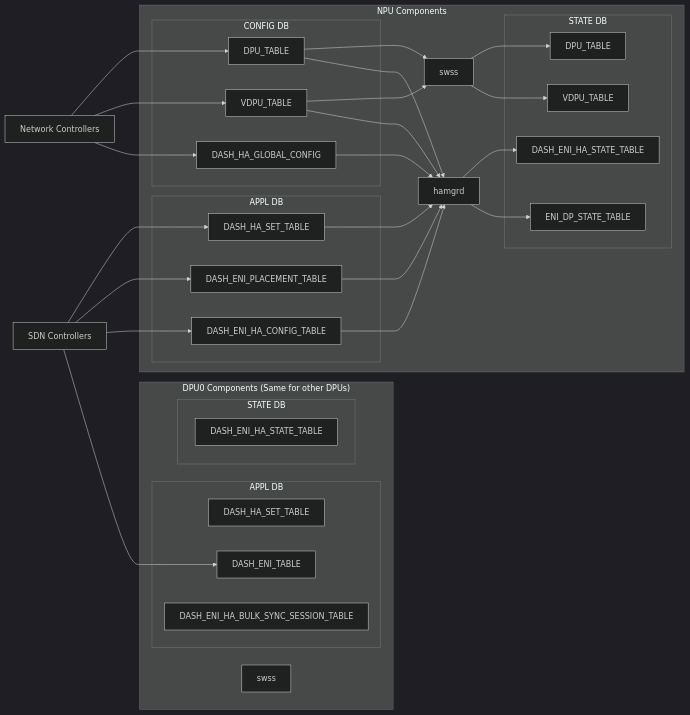
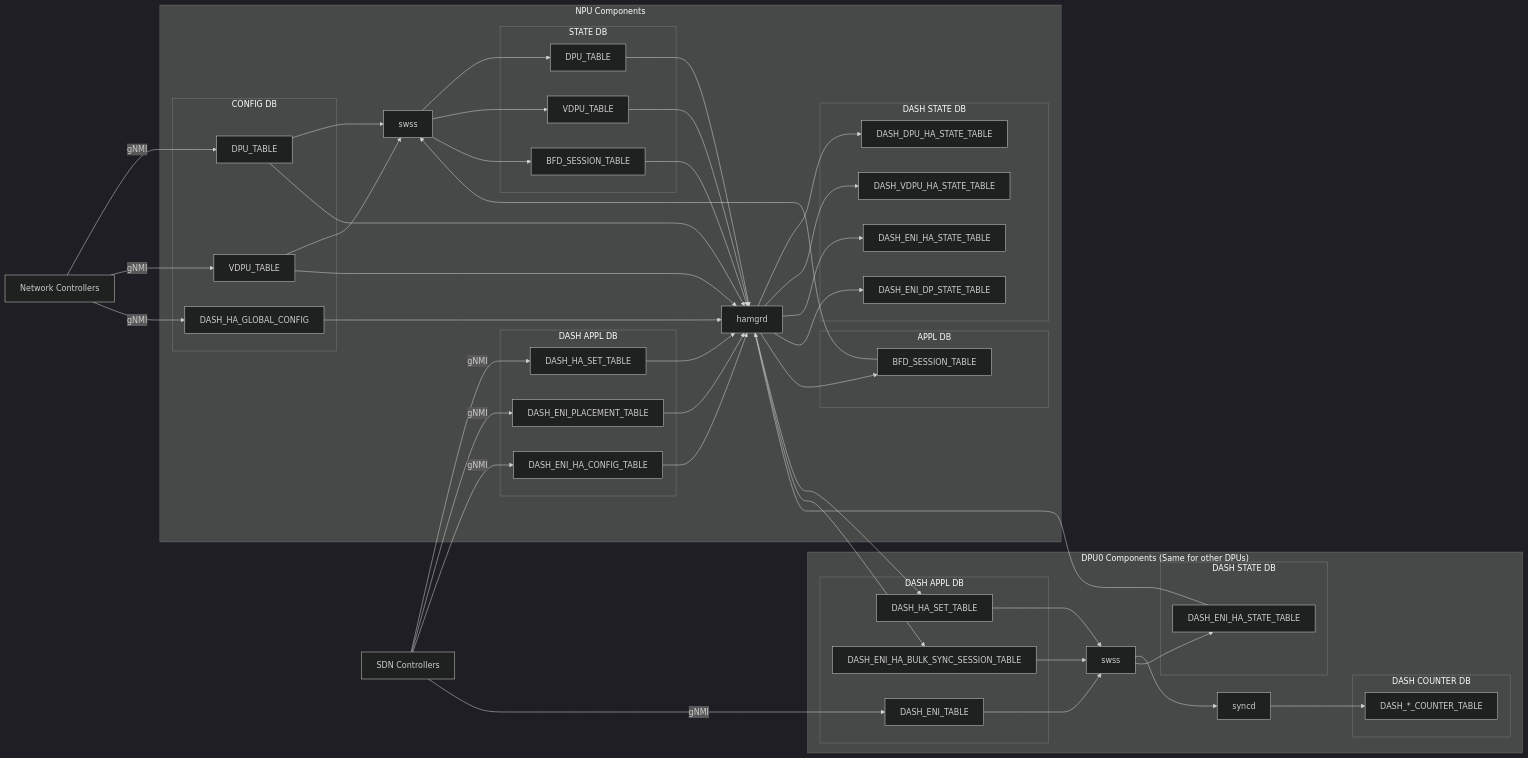
One commit to sonic-net/SONiC changed the diagram in doc/smart-switch/high-availability/smart-switch-ha-detailed-design.md. Above: the diagram before and after it, drawn with Mermaid (dark theme). The commit also changed other lines of this file, not shown here.

Commit message:
DB workflow.

````diff
--- a/doc/smart-switch/high-availability/smart-switch-ha-detailed-design.md
+++ b/doc/smart-switch/high-availability/smart-switch-ha-detailed-design.md
@@ -65,6 +67,10 @@
       end
 
       subgraph APPL DB
+         NPU_BFD_SESSION[BFD_SESSION_TABLE]
+      end
+
+      subgraph DASH APPL DB
          NPU_DASH_HA_SET[DASH_HA_SET_TABLE]
          NPU_DASH_ENI_PLACEMENT[DASH_ENI_PLACEMENT_TABLE]
          NPU_DASH_ENI_HA_CONFIG[DASH_ENI_HA_CONFIG_TABLE]
@@ -73,33 +79,44 @@
       subgraph STATE DB
          NPU_DPU_STATE[DPU_TABLE]
          NPU_VDPU_STATE[VDPU_TABLE]
+         NPU_BFD_SESSION_STATE[BFD_SESSION_TABLE]
+      end
+
+      subgraph DASH STATE DB
+         NPU_DASH_DPU_HA_STATE[DASH_DPU_HA_STATE_TABLE]
+         NPU_DASH_VDPU_HA_STATE[DASH_VDPU_HA_STATE_TABLE]
          NPU_DASH_ENI_HA_STATE[DASH_ENI_HA_STATE_TABLE]
-         NPU_ENI_DP_STATE[ENI_DP_STATE_TABLE]
+         NPU_DASH_ENI_DP_STATE[DASH_ENI_DP_STATE_TABLE]
       end
    end
 
    subgraph "DPU0 Components (Same for other DPUs)"
       DPU_SWSS[swss]
+      DPU_SYNCD[syncd]
 
-      subgraph APPL DB
+      subgraph DASH APPL DB
          DPU_DASH_HA_SET[DASH_HA_SET_TABLE]
          DPU_DASH_ENI[DASH_ENI_TABLE]
          DPU_DASH_ENI_HA_BULK_SYNC_SESSION[DASH_ENI_HA_BULK_SYNC_SESSION_TABLE]
       end
 
-      subgraph STATE DB
+      subgraph DASH STATE DB
          DPU_DASH_ENI_HA_STATE[DASH_ENI_HA_STATE_TABLE]
+      end
+
+      subgraph DASH COUNTER DB
+         DPU_DASH_COUNTERS[DASH_*_COUNTER_TABLE]
       end
    end
 
-   NC --> NPU_DPU
-   NC --> NPU_VDPU
-   NC --> NPU_DASH_HA_GLOBAL_CONFIG
+   NC --> |gNMI| NPU_DPU
+   NC --> |gNMI| NPU_VDPU
+   NC --> |gNMI| NPU_DASH_HA_GLOBAL_CONFIG
 
-   SC --> NPU_DASH_HA_SET
-   SC --> NPU_DASH_ENI_PLACEMENT
-   SC --> NPU_DASH_ENI_HA_CONFIG
-   SC --> DPU_DASH_ENI
+   SC --> |gNMI| NPU_DASH_HA_SET
+   SC --> |gNMI| NPU_DASH_ENI_PLACEMENT
+   SC --> |gNMI| NPU_DASH_ENI_HA_CONFIG
+   SC --> |gNMI| DPU_DASH_ENI
 
    NPU_DPU --> NPU_SWSS
    NPU_DPU --> NPU_HAMGRD
@@ -108,12 +125,33 @@
 
    NPU_SWSS --> NPU_DPU_STATE
    NPU_SWSS --> NPU_VDPU_STATE
+   NPU_SWSS --> NPU_BFD_SESSION_STATE
 
+   NPU_BFD_SESSION --> NPU_SWSS
+   NPU_DPU_STATE --> NPU_HAMGRD
+   NPU_VDPU_STATE --> NPU_HAMGRD
+   NPU_BFD_SESSION_STATE --> NPU_HAMGRD
    NPU_DASH_HA_GLOBAL_CONFIG --> NPU_HAMGRD
    NPU_DASH_HA_SET --> NPU_HAMGRD
    NPU_DASH_ENI_PLACEMENT --> NPU_HAMGRD
    NPU_DASH_ENI_HA_CONFIG --> NPU_HAMGRD
 
+   NPU_HAMGRD --> NPU_DASH_DPU_HA_STATE
+   NPU_HAMGRD --> NPU_DASH_VDPU_HA_STATE
    NPU_HAMGRD --> NPU_DASH_ENI_HA_STATE
-   NPU_HAMGRD --> NPU_ENI_DP_STATE
+   NPU_HAMGRD --> NPU_DASH_ENI_DP_STATE
+   NPU_HAMGRD --> NPU_BFD_SESSION
+
+   NPU_HAMGRD --> DPU_DASH_HA_SET
+   NPU_HAMGRD --> DPU_DASH_ENI_HA_BULK_SYNC_SESSION
+
+   DPU_DASH_ENI --> DPU_SWSS
+   DPU_DASH_HA_SET --> DPU_SWSS
+   DPU_DASH_ENI_HA_BULK_SYNC_SESSION --> DPU_SWSS
+
+   DPU_SWSS --> DPU_SYNCD
+   DPU_SWSS --> DPU_DASH_ENI_HA_STATE
+
+   DPU_DASH_ENI_HA_STATE --> NPU_HAMGRD
+   DPU_SYNCD --> DPU_DASH_COUNTERS
 ```
````
